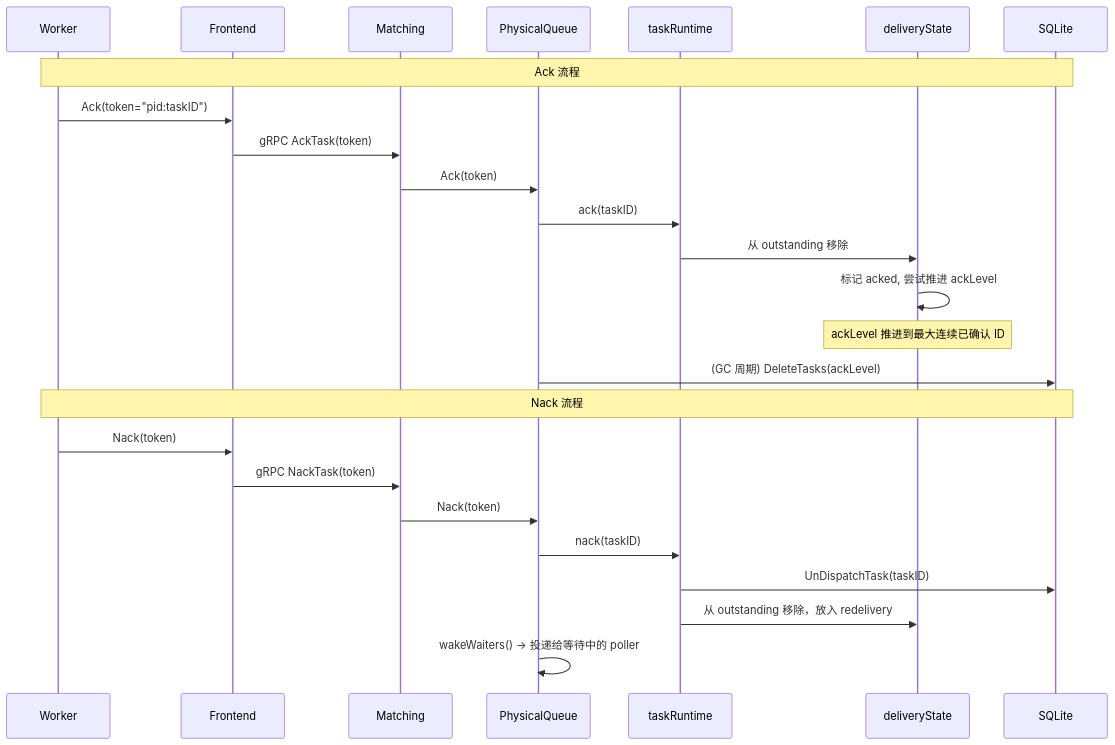
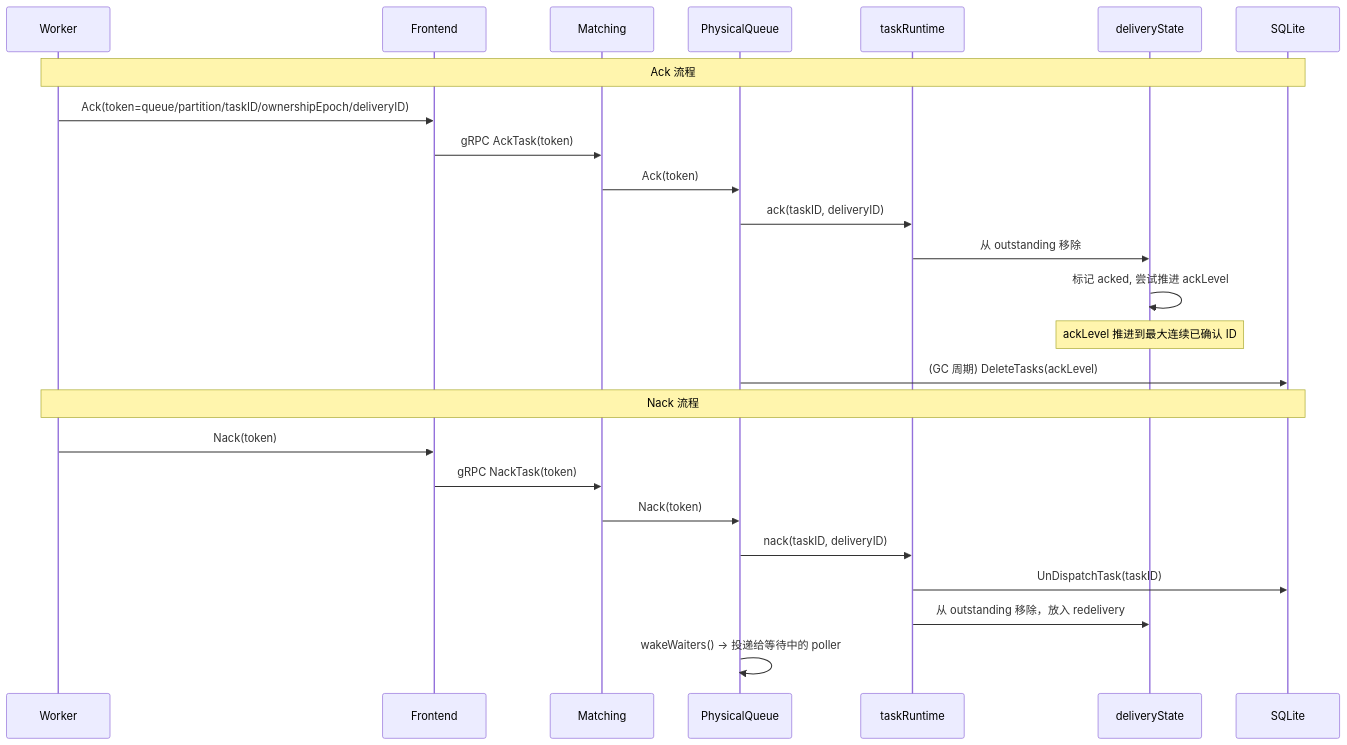
One commit to donutnomad/taskq changed the seventh of 9 diagrams in README.md. Above: the diagram before and after it, drawn with Mermaid. The commit also changed other lines of this file and 59 other files, not shown here.

````diff
--- a/README.md
+++ b/README.md
@@ -276,29 +299,29 @@
 ```mermaid
 sequenceDiagram
     participant W as Worker
     participant F as Frontend
     participant M as Matching
     participant PQ as PhysicalQueue
     participant RT as taskRuntime
     participant DS as deliveryState
     participant DB as SQLite
 
     Note over W,DB: Ack 流程
-    W->>F: Ack(token="pid:taskID")
+    W->>F: Ack(token=queue/partition/taskID/ownershipEpoch/deliveryID)
     F->>M: gRPC AckTask(token)
     M->>PQ: Ack(token)
-    PQ->>RT: ack(taskID)
+    PQ->>RT: ack(taskID, deliveryID)
     RT->>DS: 从 outstanding 移除
     DS->>DS: 标记 acked, 尝试推进 ackLevel
     Note over DS: ackLevel 推进到最大连续已确认 ID
     PQ->>DB: (GC 周期) DeleteTasks(ackLevel)
 
     Note over W,DB: Nack 流程
     W->>F: Nack(token)
     F->>M: gRPC NackTask(token)
     M->>PQ: Nack(token)
-    PQ->>RT: nack(taskID)
+    PQ->>RT: nack(taskID, deliveryID)
     RT->>DB: UnDispatchTask(taskID)
     RT->>DS: 从 outstanding 移除，放入 redelivery
     PQ->>PQ: wakeWaiters() → 投递给等待中的 poller
 ```
````
